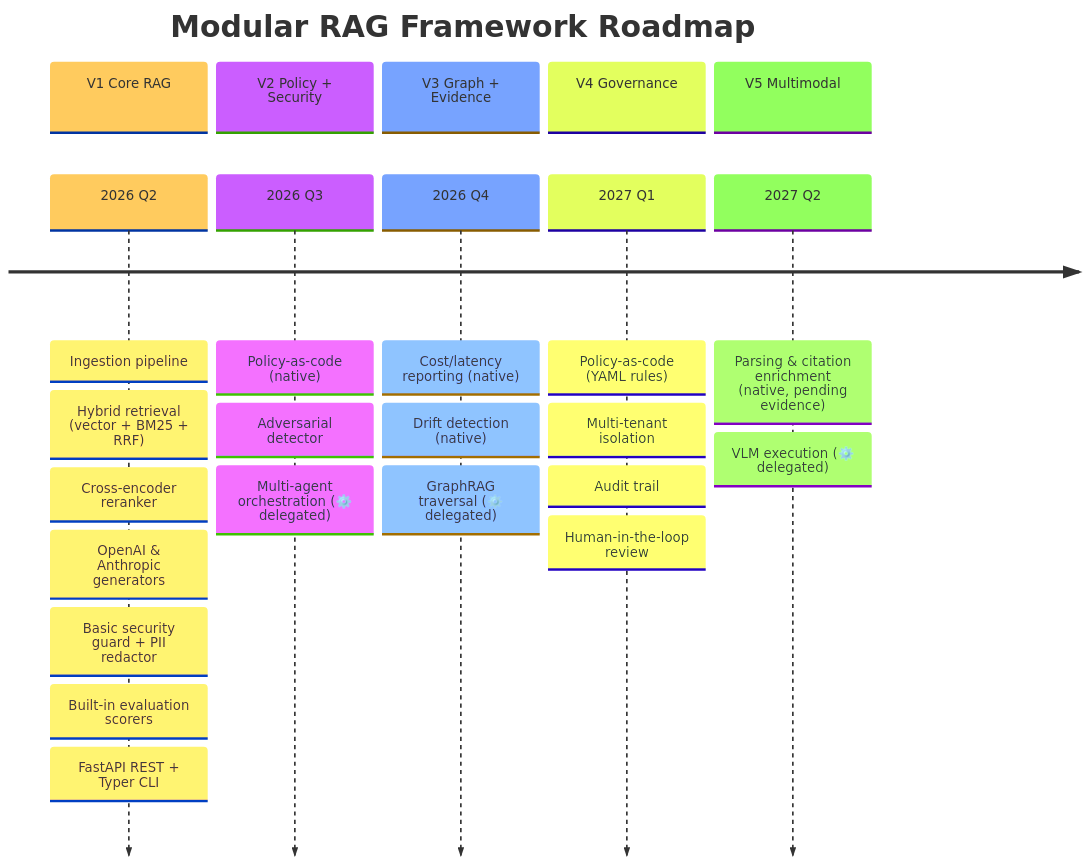
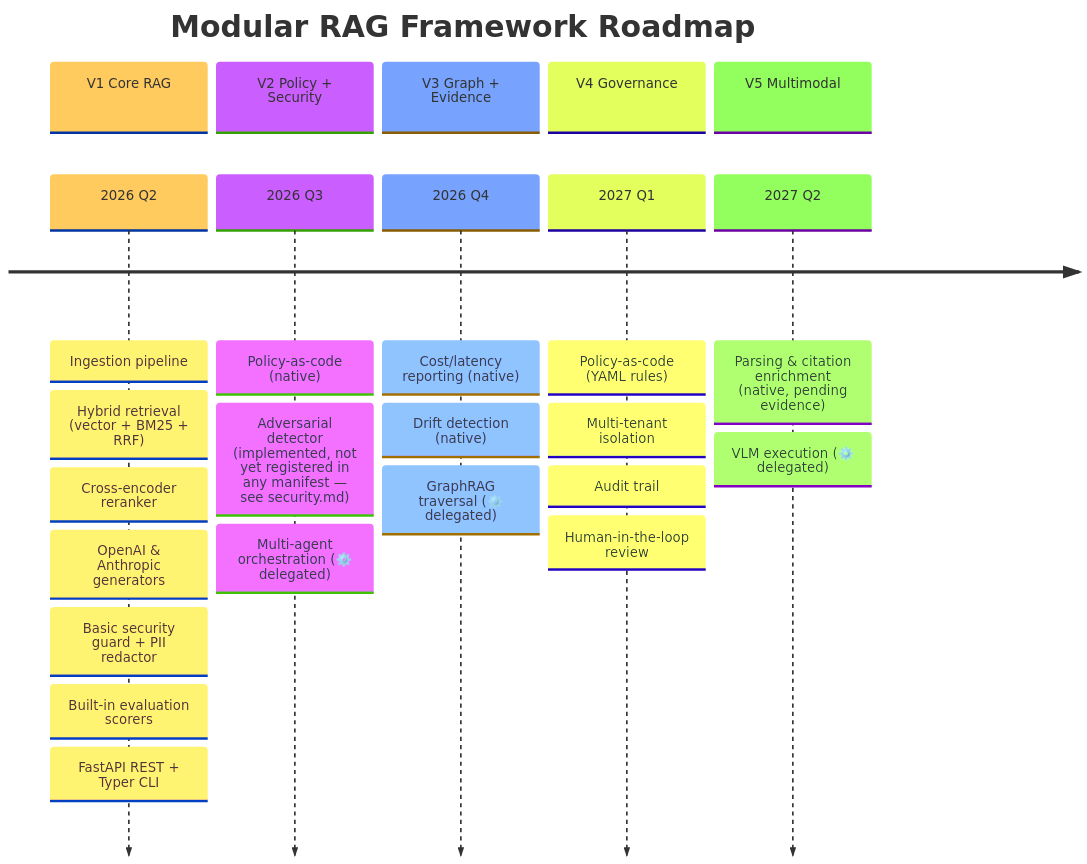
One commit to HerbertGourout/modular-rag-framework changed the first of 4 diagrams in docs/architecture/roadmap-mermaid.md. Above: the diagram before and after it, drawn with Mermaid. The commit also changed other lines of this file and 42 other files, not shown here.

````diff
--- a/docs/architecture/roadmap-mermaid.md
+++ b/docs/architecture/roadmap-mermaid.md
@@ -17,29 +17,29 @@
 ```mermaid
 %%{init: {"theme": "base"}}%%
 timeline
     title Modular RAG Framework Roadmap
     section V1 Core RAG
         2026 Q2 : Ingestion pipeline
                 : Hybrid retrieval (vector + BM25 + RRF)
                 : Cross-encoder reranker
                 : OpenAI & Anthropic generators
                 : Basic security guard + PII redactor
                 : Built-in evaluation scorers
                 : FastAPI REST + Typer CLI
     section V2 Policy + Security
         2026 Q3 : Policy-as-code (native)
-                : Adversarial detector
+                : Adversarial detector (implemented, not yet registered in any manifest — see security.md)
                 : Multi-agent orchestration (⚙️ delegated)
     section V3 Graph + Evidence
         2026 Q4 : Cost/latency reporting (native)
                 : Drift detection (native)
                 : GraphRAG traversal (⚙️ delegated)
     section V4 Governance
         2027 Q1 : Policy-as-code (YAML rules)
                 : Multi-tenant isolation
                 : Audit trail
                 : Human-in-the-loop review
     section V5 Multimodal
         2027 Q2 : Parsing & citation enrichment (native, pending evidence)
                 : VLM execution (⚙️ delegated)
 ```
````
